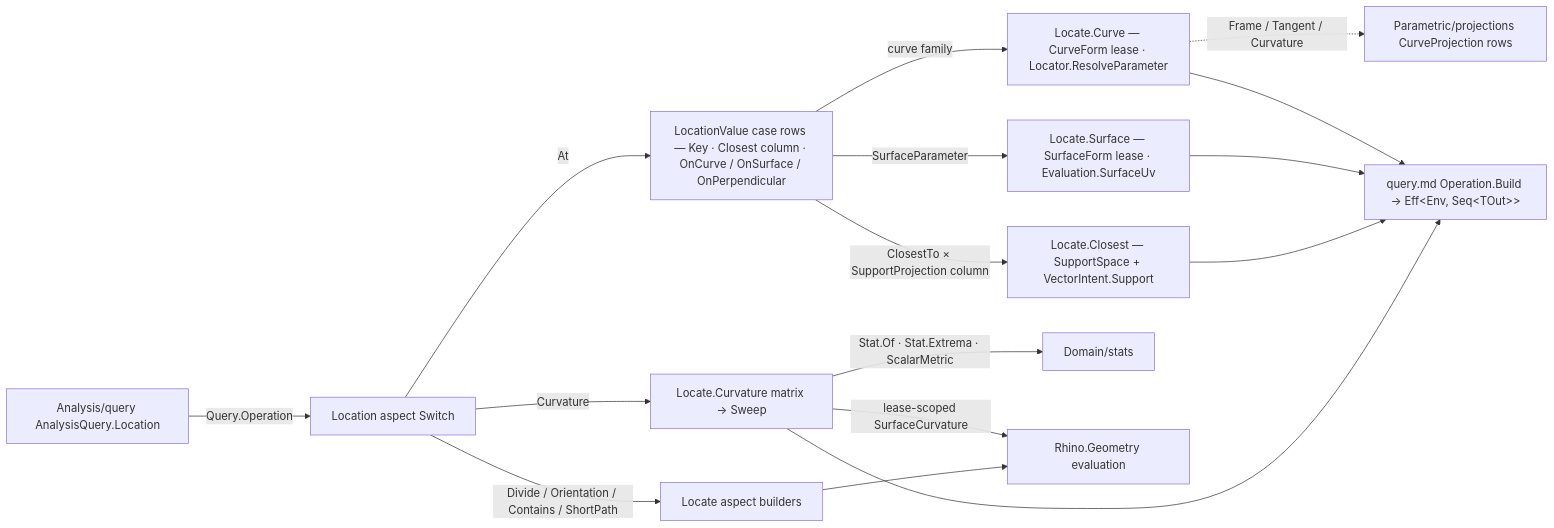
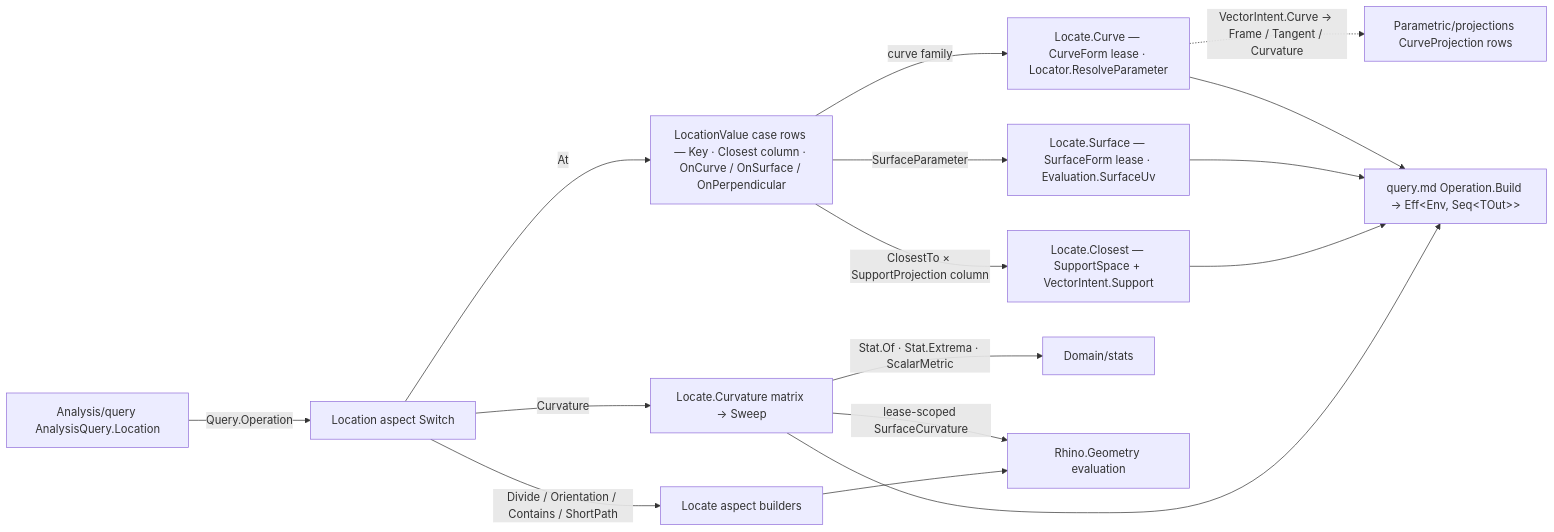
Before and after one commit to bsamiee/Rasm: the diagram in libs/csharp/Rasm/.planning/Parametric/locate.md, drawn with Mermaid. The commit also changed other lines of this file and 45 other files, not shown here.

````diff
--- a/libs/csharp/Rasm/.planning/Parametric/locate.md
+++ b/libs/csharp/Rasm/.planning/Parametric/locate.md
@@ -445,15 +450,15 @@
 ```mermaid
 flowchart LR
     Query["Analysis/query AnalysisQuery.Location"] -->|Query.Operation| Location["Location aspect Switch"]
     Location -->|At| Rows["LocationValue case rows — Key · Closest column · OnCurve / OnSurface / OnPerpendicular"]
     Location -->|Curvature| Sweep["Locate.Curvature matrix → Sweep"]
     Location -->|Divide / Orientation / Contains / ShortPath| Spine["Locate aspect builders"]
     Rows -->|curve family| CurveArm["Locate.Curve — CurveForm lease · Locator.ResolveParameter"]
     Rows -->|SurfaceParameter| SurfaceArm["Locate.Surface — SurfaceForm lease · Evaluation.SurfaceUv"]
     Rows -->|ClosestTo × SupportProjection column| ClosestArm["Locate.Closest — SupportSpace + VectorIntent.Support"]
-    CurveArm -.->|Frame / Tangent / Curvature| Projections["Parametric/projections CurveProjection rows"]
+    CurveArm -.->|VectorIntent.Curve → Frame / Tangent / Curvature| Projections["Parametric/projections CurveProjection rows"]
     Sweep -->|Stat.Of · Stat.Extrema · ScalarMetric| Stats["Domain/stats"]
     Sweep -->|lease-scoped SurfaceCurvature| Rhino["Rhino.Geometry evaluation"]
     Spine --> Rhino
     CurveArm & SurfaceArm & ClosestArm & Sweep --> Runtime["query.md Operation.Build → Eff&lt;Env, Seq&lt;TOut&gt;&gt;"]
 ```
````
